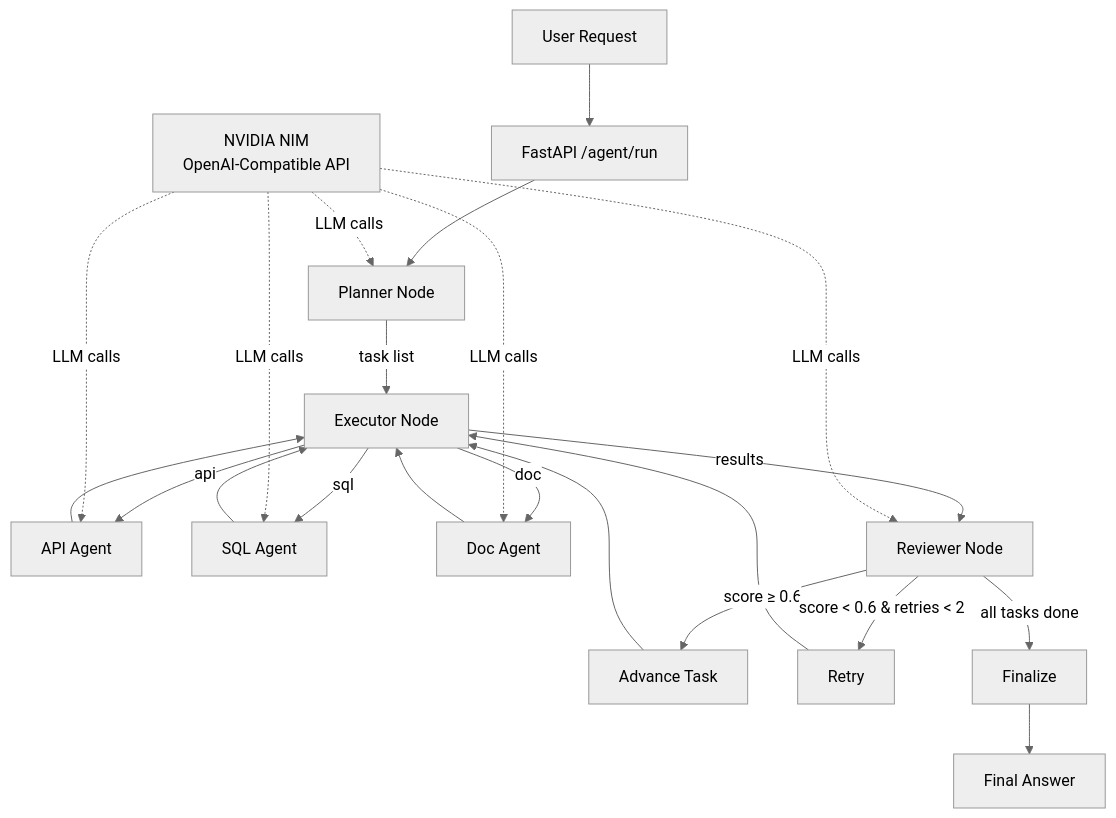
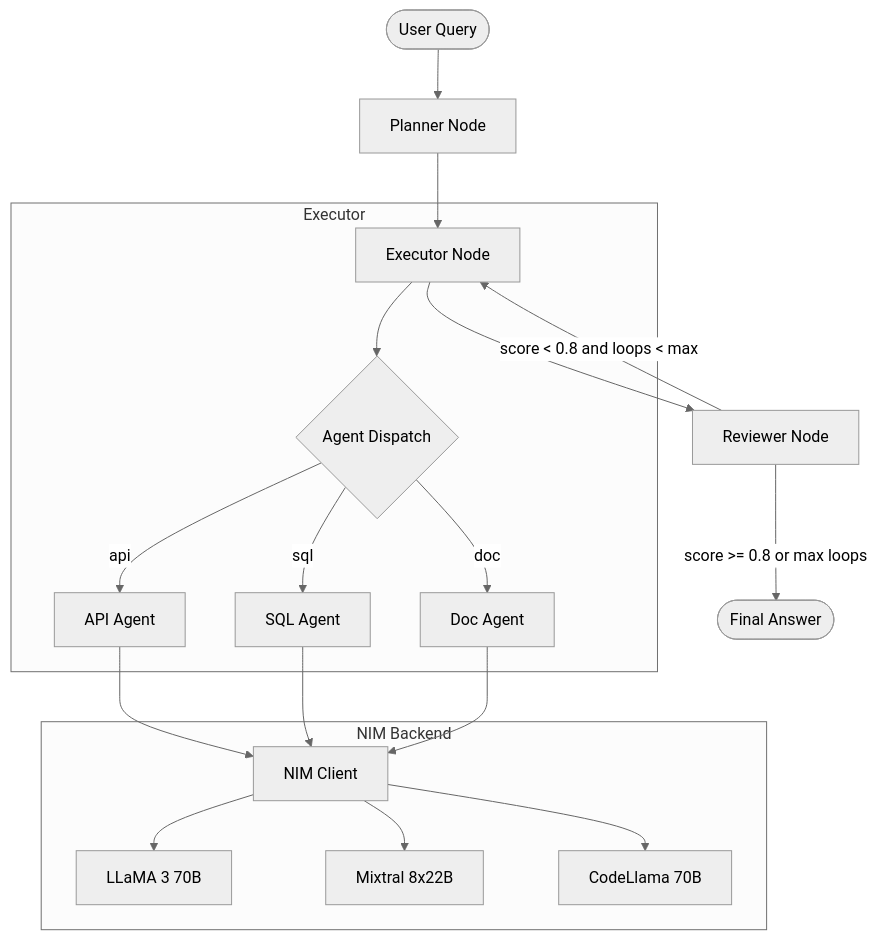
The diagram in docs/architecture.md (TylrDn/nvidia-nim-agent-toolkit), drawn with Mermaid (neutral theme) before and after one commit. The commit also changed other lines of this file and 24 other files, not shown here.

Commit message:
feat: implement full Repo 1 — NIM client, LangGraph orchestrator, agents, tools, evals, docker-compose

````diff
--- a/docs/architecture.md
+++ b/docs/architecture.md
@@ -11,19 +10,24 @@
 ```mermaid
 graph TD
-    U[User Request] --> API[FastAPI /agent/run]
-    API --> PL[Planner Node]
-    PL -->|task list| EX[Executor Node]
-    EX -->|api| AA[API Agent]
-    EX -->|sql| SA[SQL Agent]
-    EX -->|doc| DA[Doc Agent]
-    AA & SA & DA --> EX
-    EX -->|results| RV[Reviewer Node]
-    RV -->|score ≥ 0.6| AD[Advance Task]
-    RV -->|score < 0.6 & retries < 2| RT[Retry]
-    RV -->|all tasks done| FN[Finalize]
-    AD --> EX
-    RT --> EX
-    FN --> OUT[Final Answer]
+    A([User Query]) --> B[Planner Node]
+    B --> C[Executor Node]
+    C --> D[Reviewer Node]
+    D -->|score < 0.8 and loops < max| C
+    D -->|score >= 0.8 or max loops| E([Final Answer])
 
-    NIM[NVIDIA NIM\nOpenAI-Compatible API] -.->|LLM calls| PL & RV & AA & SA & DA
+    subgraph Executor
+        C --> F{Agent Dispatch}
+        F -->|api| G[API Agent]
+        F -->|sql| H[SQL Agent]
+        F -->|doc| I[Doc Agent]
+    end
+
+    subgraph NIM Backend
+        J[NIM Client]
+        J --> K[LLaMA 3 70B]
+        J --> L[Mixtral 8x22B]
+        J --> M[CodeLlama 70B]
+    end
+
+    G & H & I --> J
 ```
````
